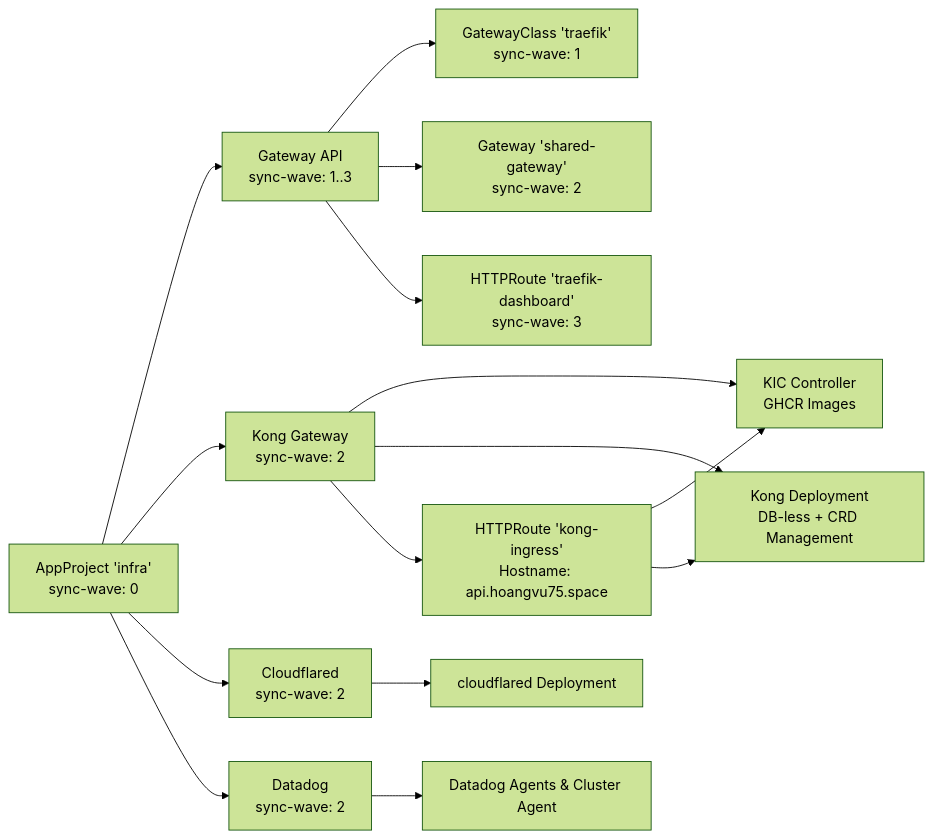
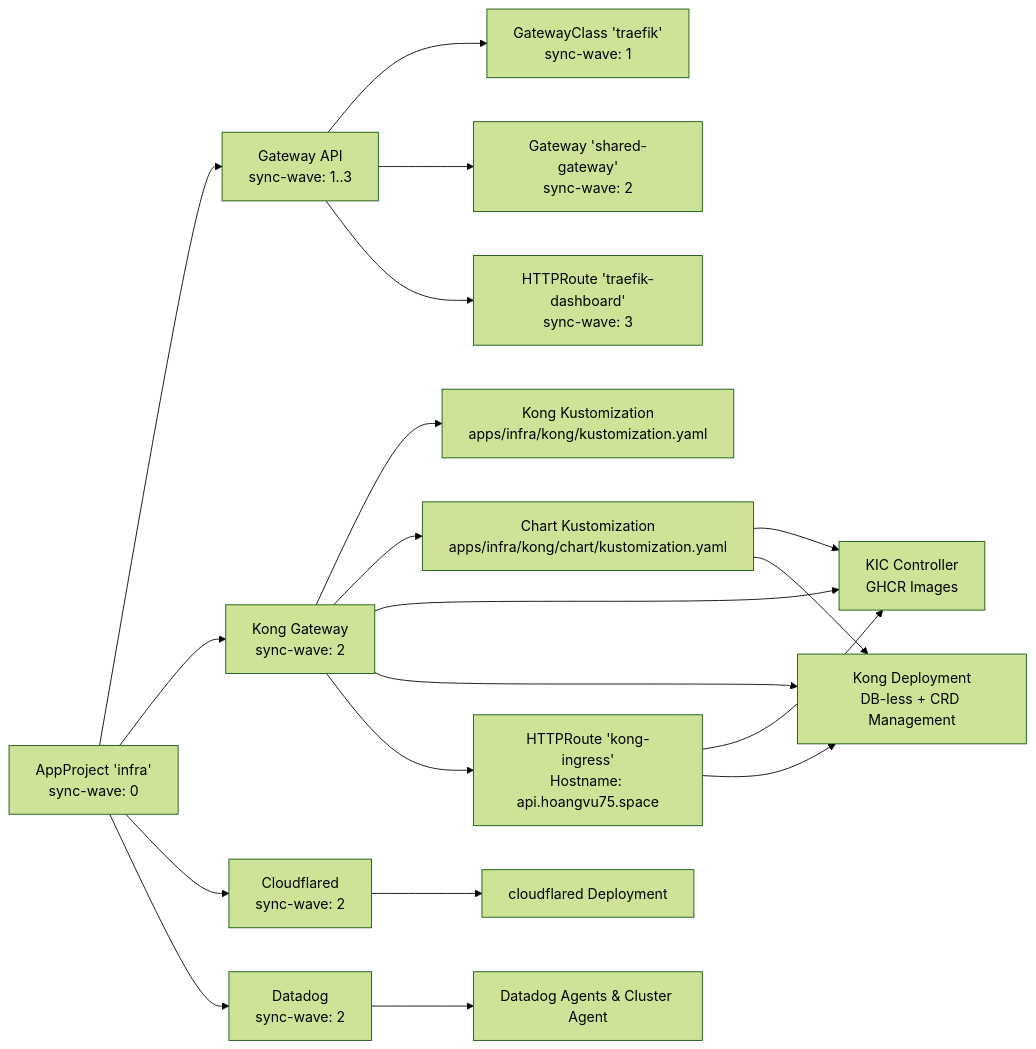
One commit to Hoangvu75/k8s_manifest changed the seventh of 7 diagrams in .qoder/repowiki/en/content/Infrastructure Applications/Infrastructure Applications.md. Above: the diagram before and after it, drawn with Mermaid (forest theme). The commit also changed other lines of this file and 6 other files, not shown here.

````diff
--- a/.qoder/repowiki/en/content/Infrastructure Applications/Infrastructure Applications.md
+++ b/.qoder/repowiki/en/content/Infrastructure Applications/Infrastructure Applications.md
@@ -369,17 +384,21 @@
 ```mermaid
 graph LR
 A["AppProject 'infra'<br/>sync-wave: 0"] --> B["Gateway API<br/>sync-wave: 1..3"]
 A --> C["Kong Gateway<br/>sync-wave: 2"]
 A --> D["Cloudflared<br/>sync-wave: 2"]
 A --> E["Datadog<br/>sync-wave: 2"]
 B --> B1["GatewayClass 'traefik'<br/>sync-wave: 1"]
 B --> B2["Gateway 'shared-gateway'<br/>sync-wave: 2"]
 B --> B3["HTTPRoute 'traefik-dashboard'<br/>sync-wave: 3"]
-C --> C1["KIC Controller<br/>GHCR Images"]
-C --> C2["Kong Deployment<br/>DB-less + CRD Management"]
-C --> C3["HTTPRoute 'kong-ingress'<br/>Hostname: api.hoangvu75.space"]
+C --> C1["Kong Kustomization<br/>apps/infra/kong/kustomization.yaml"]
+C --> C2["Chart Kustomization<br/>apps/infra/kong/chart/kustomization.yaml"]
+C --> C3["KIC Controller<br/>GHCR Images"]
+C --> C4["Kong Deployment<br/>DB-less + CRD Management"]
+C --> C5["HTTPRoute 'kong-ingress'<br/>Hostname: api.hoangvu75.space"]
 D --> D1["cloudflared Deployment"]
 E --> E1["Datadog Agents & Cluster Agent"]
-C3 --> C1
-C3 --> C2
+C2 --> C3
+C2 --> C4
+C5 --> C3
+C5 --> C4
 ```
````
